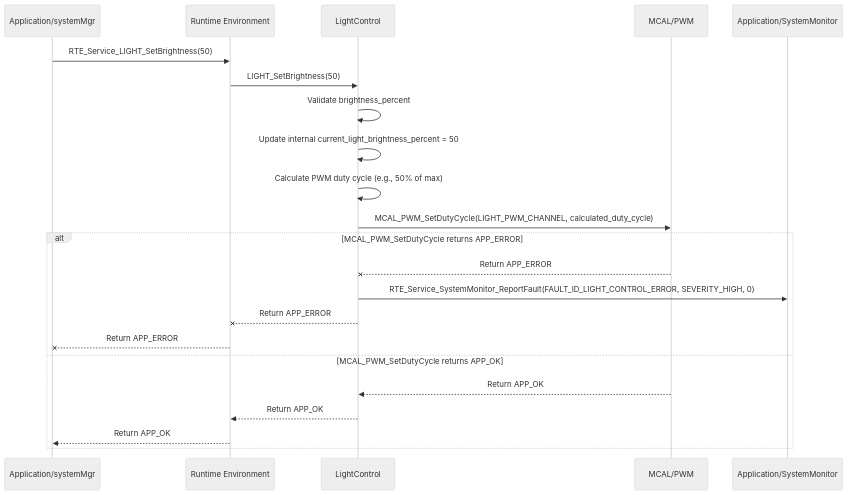
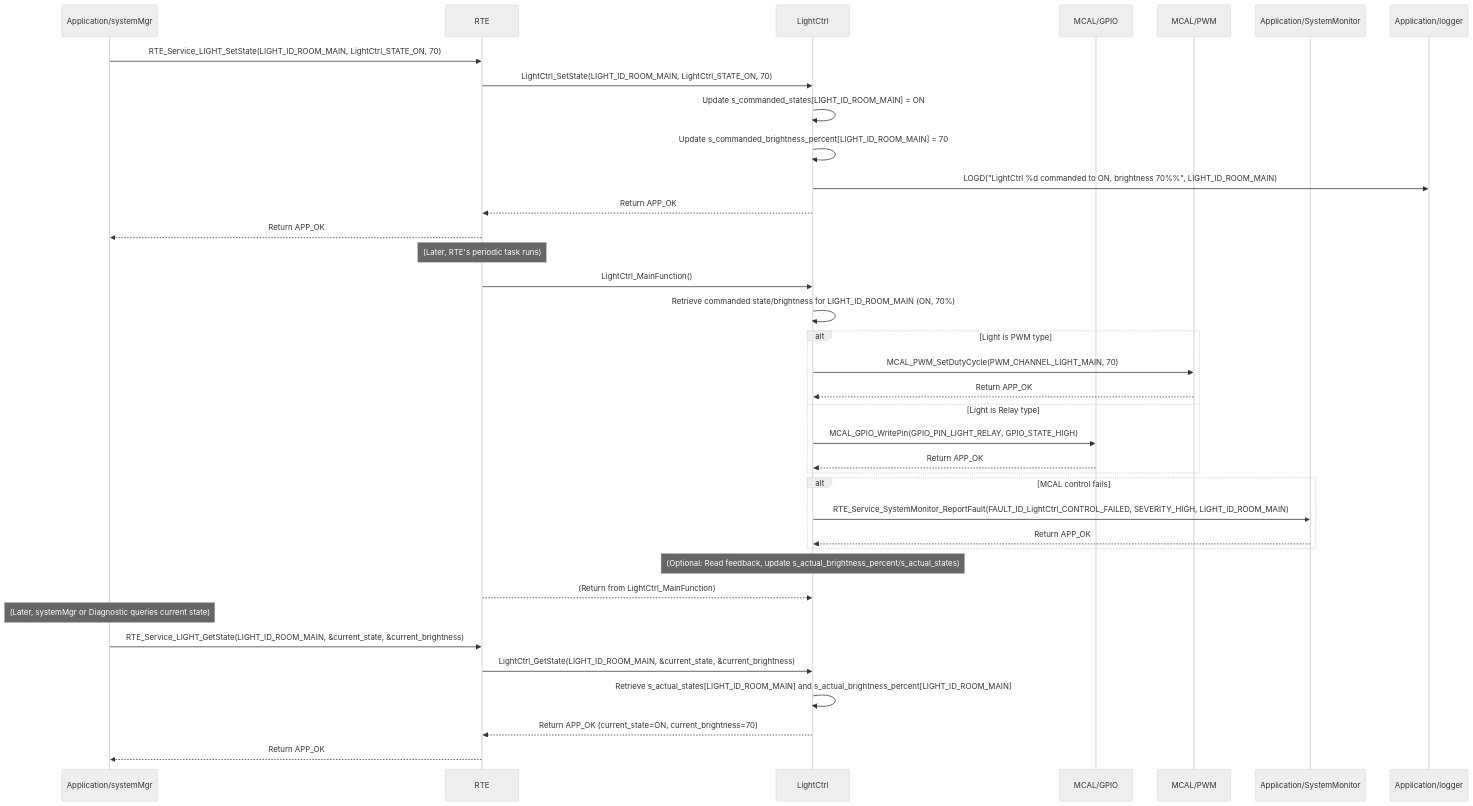
Before and after one commit to ashaker-2/Platform: the diagram in Requiremets/Design/Application/LightControl.md, drawn with Mermaid (neutral theme). The commit also changed other lines of this file and 26 other files, not shown here.

````diff
--- a/Requiremets/Design/Application/LightControl.md
+++ b/Requiremets/Design/Application/LightControl.md
@@ -153,25 +203,42 @@
 ```mermaid
 sequenceDiagram  
     participant SystemMgr as Application/systemMgr  
-    participant RTE as Runtime Environment  
-    participant LightControl as LightControl  
+    participant RTE as RTE  
+    participant LightCtrl as LightCtrl  
+    participant MCAL_GPIO as MCAL/GPIO  
     participant MCAL_PWM as MCAL/PWM  
-    participant SystemMonitor as Application/SystemMonitor
+    participant SystemMonitor as Application/SystemMonitor  
+    participant Logger as Application/logger
 
-    SystemMgr->>RTE: RTE_Service_LIGHT_SetBrightness(50)  
-    RTE->>LightControl: LIGHT_SetBrightness(50)  
-    LightControl->>LightControl: Validate brightness_percent  
-    LightControl->>LightControl: Update internal current_light_brightness_percent = 50  
-    LightControl->>LightControl: Calculate PWM duty cycle (e.g., 50% of max)  
-    LightControl->>MCAL_PWM: MCAL_PWM_SetDutyCycle(LIGHT_PWM_CHANNEL, calculated_duty_cycle)  
-    alt MCAL_PWM_SetDutyCycle returns APP_ERROR  
-        MCAL_PWM--xLightControl: Return APP_ERROR  
-        LightControl->>SystemMonitor: RTE_Service_SystemMonitor_ReportFault(FAULT_ID_LIGHT_CONTROL_ERROR, SEVERITY_HIGH, 0)  
-        LightControl--xRTE: Return APP_ERROR  
-        RTE--xSystemMgr: Return APP_ERROR  
-    else MCAL_PWM_SetDutyCycle returns APP_OK  
-        MCAL_PWM-->>LightControl: Return APP_OK  
-        LightControl-->>RTE: Return APP_OK  
-        RTE-->>SystemMgr: Return APP_OK  
-    end
+    SystemMgr->>RTE: RTE_Service_LIGHT_SetState(LIGHT_ID_ROOM_MAIN, LightCtrl_STATE_ON, 70)  
+    RTE->>LightCtrl: LightCtrl_SetState(LIGHT_ID_ROOM_MAIN, LightCtrl_STATE_ON, 70)  
+    LightCtrl->>LightCtrl: Update s_commanded_states[LIGHT_ID_ROOM_MAIN] = ON  
+    LightCtrl->>LightCtrl: Update s_commanded_brightness_percent[LIGHT_ID_ROOM_MAIN] = 70  
+    LightCtrl->>Logger: LOGD("LightCtrl %d commanded to ON, brightness 70%%", LIGHT_ID_ROOM_MAIN)  
+    LightCtrl-->>RTE: Return APP_OK  
+    RTE-->>SystemMgr: Return APP_OK
+
+    Note over RTE: (Later, RTE's periodic task runs)  
+    RTE->>LightCtrl: LightCtrl_MainFunction()  
+    LightCtrl->>LightCtrl: Retrieve commanded state/brightness for LIGHT_ID_ROOM_MAIN (ON, 70%)  
+    alt Light is PWM type  
+        LightCtrl->>MCAL_PWM: MCAL_PWM_SetDutyCycle(PWM_CHANNEL_LIGHT_MAIN, 70)  
+        MCAL_PWM-->>LightCtrl: Return APP_OK  
+    else Light is Relay type  
+        LightCtrl->>MCAL_GPIO: MCAL_GPIO_WritePin(GPIO_PIN_LIGHT_RELAY, GPIO_STATE_HIGH)  
+        MCAL_GPIO-->>LightCtrl: Return APP_OK  
+    end  
+    alt MCAL control fails  
+        LightCtrl->>SystemMonitor: RTE_Service_SystemMonitor_ReportFault(FAULT_ID_LightCtrl_CONTROL_FAILED, SEVERITY_HIGH, LIGHT_ID_ROOM_MAIN)  
+        SystemMonitor-->>LightCtrl: Return APP_OK  
+    end  
+    Note over LightCtrl: (Optional: Read feedback, update s_actual_brightness_percent/s_actual_states)  
+    RTE-->>LightCtrl: (Return from LightCtrl_MainFunction)
+
+    Note over SystemMgr: (Later, systemMgr or Diagnostic queries current state)  
+    SystemMgr->>RTE: RTE_Service_LIGHT_GetState(LIGHT_ID_ROOM_MAIN, &current_state, &current_brightness)  
+    RTE->>LightCtrl: LightCtrl_GetState(LIGHT_ID_ROOM_MAIN, &current_state, &current_brightness)  
+    LightCtrl->>LightCtrl: Retrieve s_actual_states[LIGHT_ID_ROOM_MAIN] and s_actual_brightness_percent[LIGHT_ID_ROOM_MAIN]  
+    LightCtrl-->>RTE: Return APP_OK (current_state=ON, current_brightness=70)  
+    RTE-->>SystemMgr: Return APP_OK
 ```
````
